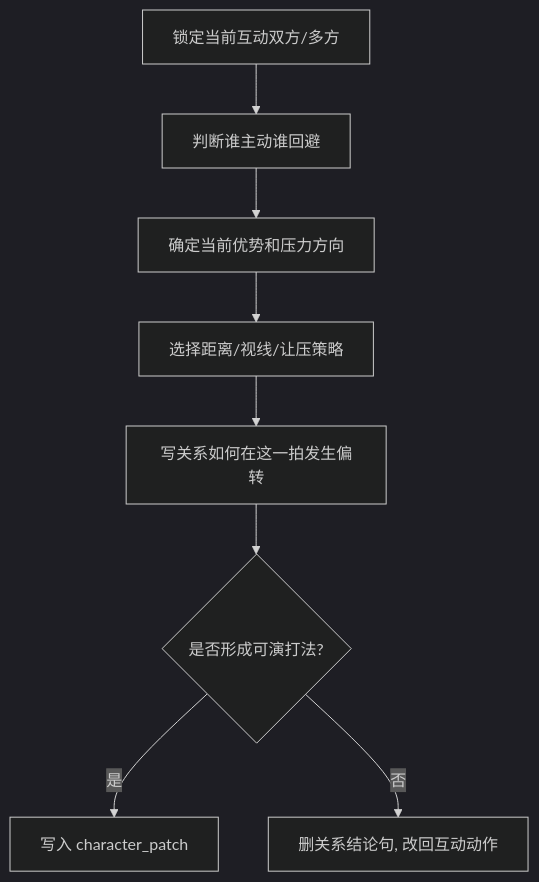
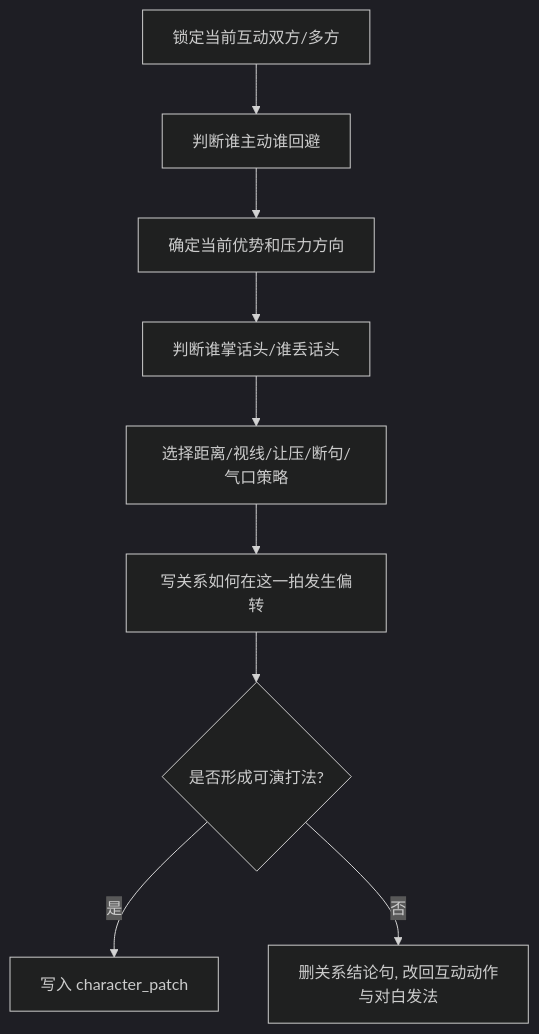
One commit to ZEN-VOID/AI-CUT changed the diagram in .agents/skills/aigc/3-Detail/1-水月/references/角色表现/对手戏/module-guide.md. Above: the diagram before and after it, drawn with Mermaid (dark theme). The commit also changed other lines of this file and 162 other files, not shown here.

````diff
--- a/.agents/skills/aigc/3-Detail/1-水月/references/角色表现/对手戏/module-guide.md
+++ b/.agents/skills/aigc/3-Detail/1-水月/references/角色表现/对手戏/module-guide.md
@@ -17,10 +19,11 @@
 ```mermaid
 flowchart TD
     A["锁定当前互动双方/多方"] --> B["判断谁主动谁回避"]
     B --> C["确定当前优势和压力方向"]
-    C --> D["选择距离/视线/让压策略"]
-    D --> E["写关系如何在这一拍发生偏转"]
-    E --> F{"是否形成可演打法?"}
-    F -- "是" --> G["写入 character_patch"]
-    F -- "否" --> H["删关系结论句, 改回互动动作"]
+    C --> D["判断谁掌话头/谁丢话头"]
+    D --> E["选择距离/视线/让压/断句/气口策略"]
+    E --> F["写关系如何在这一拍发生偏转"]
+    F --> G{"是否形成可演打法?"}
+    G -- "是" --> H["写入 character_patch"]
+    G -- "否" --> I["删关系结论句, 改回互动动作与对白发法"]
 ```
````
